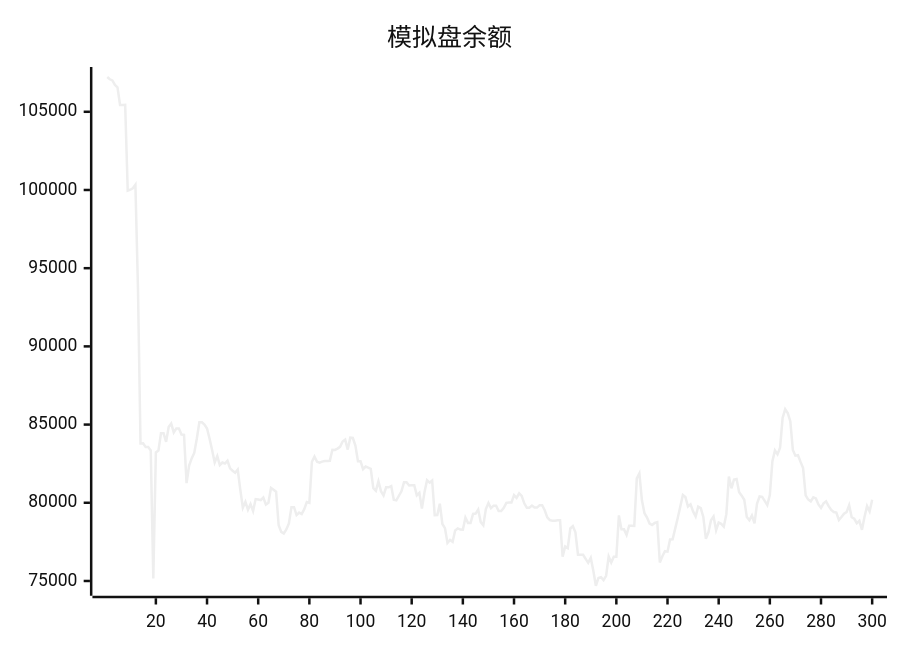
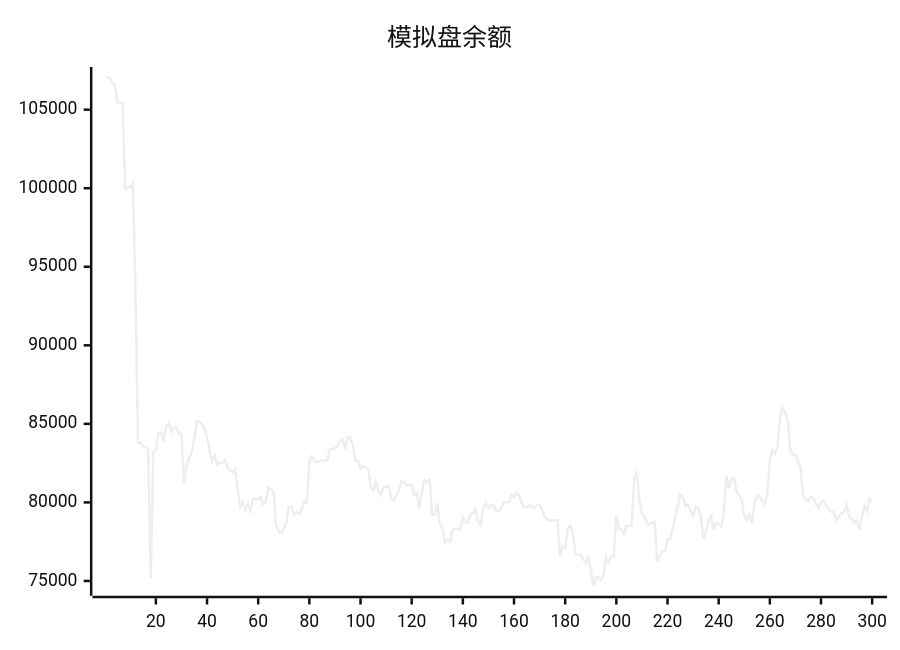
One commit to aahl/ai-trading changed the diagram in README.md. Above: the diagram before and after it, drawn with Mermaid (neutral theme). The commit also changed other lines of this file and 1 other file, not shown here.

````diff
--- a/README.md
+++ b/README.md
@@ -5,5 +5,5 @@
 ```mermaid
 xychart
     title "模拟盘余额"
-    line [107224,107080,107001,106717,106567,105431,105431,105440,99950,100017,100113,100337,93749,83795,83807,83567,83567,83342,75168,83222,83336,84448,84449,83896,84839,85065,84499,84757,84757,84364,84347,81254,82385,82835,83184,84099,85150,85150,85002,84751,84096,83356,82582,82983,82404,82572,82512,82688,82200,82047,81920,82125,80840,79688,80060,79552,79920,79470,80236,80208,80170,80336,79894,80006,80954,80837,80712,78561,78139,78037,78293,78682,79720,79720,79214,79372,79279,79591,80046,79993,82625,82950,82626,82571,82633,82670,82670,82681,83386,83378,83464,83579,83920,84037,83402,84160,84142,83652,82655,82655,82145,82315,82243,82163,80934,80770,81371,80742,80468,80989,80989,81067,80191,80155,80450,80737,81309,81309,81106,81119,81119,80471,80631,79624,80670,81448,81290,81429,79212,79222,79940,78643,78380,77432,77623,77504,78235,78358,78284,78277,79048,78714,78714,79290,79308,79567,78763,78563,79603,79988,79652,79813,79813,79476,79469,79673,79995,80015,80015,80486,80314,80600,80436,79966,79689,79689,79819,79692,79692,79850,79850,79518,79071,78889,78850,78850,78878,78878,76554,77202,77103,78357,78510,78106,76678,76677,76672,76411,76159,76485,75656,74695,75197,75246,75052,75334,76564,76179,76553,76551,79196,78300,78300,77944,78531,78531,78521,81564,81884,80160,79335,79055,78675,78580,78708,78764,76179,76586,76902,76876,77658,77669,78346,79023,79769,80497,80366,79761,79896,79448,79126,79749,79658,79097,77695,78114,78888,79126,78249,78738,78653,78478,79271,81680,80923,81488,81527,80681,80455,80190,79084,78879,79193,78686,79954,80403,80374,80118,79848,80491,82665,83351,83098,83525,85430,85983,85737,85221,83378,83014,83043,82613,82216,80477,80208,80081,80348,80277,79894,79670,79965,80093,79786,79542,79406,79371,78893,79087,79304,79406,79841,79072,78978,78696,78846,78272,79085,79787,79442,80198]
+    line [107080,107001,106717,106567,105431,105431,105440,99950,100017,100113,100337,93749,83795,83807,83567,83567,83342,75168,83222,83336,84448,84449,83896,84839,85065,84499,84757,84757,84364,84347,81254,82385,82835,83184,84099,85150,85150,85002,84751,84096,83356,82582,82983,82404,82572,82512,82688,82200,82047,81920,82125,80840,79688,80060,79552,79920,79470,80236,80208,80170,80336,79894,80006,80954,80837,80712,78561,78139,78037,78293,78682,79720,79720,79214,79372,79279,79591,80046,79993,82625,82950,82626,82571,82633,82670,82670,82681,83386,83378,83464,83579,83920,84037,83402,84160,84142,83652,82655,82655,82145,82315,82243,82163,80934,80770,81371,80742,80468,80989,80989,81067,80191,80155,80450,80737,81309,81309,81106,81119,81119,80471,80631,79624,80670,81448,81290,81429,79212,79222,79940,78643,78380,77432,77623,77504,78235,78358,78284,78277,79048,78714,78714,79290,79308,79567,78763,78563,79603,79988,79652,79813,79813,79476,79469,79673,79995,80015,80015,80486,80314,80600,80436,79966,79689,79689,79819,79692,79692,79850,79850,79518,79071,78889,78850,78850,78878,78878,76554,77202,77103,78357,78510,78106,76678,76677,76672,76411,76159,76485,75656,74695,75197,75246,75052,75334,76564,76179,76553,76551,79196,78300,78300,77944,78531,78531,78521,81564,81884,80160,79335,79055,78675,78580,78708,78764,76179,76586,76902,76876,77658,77669,78346,79023,79769,80497,80366,79761,79896,79448,79126,79749,79658,79097,77695,78114,78888,79126,78249,78738,78653,78478,79271,81680,80923,81488,81527,80681,80455,80190,79084,78879,79193,78686,79954,80403,80374,80118,79848,80491,82665,83351,83098,83525,85430,85983,85737,85221,83378,83014,83043,82613,82216,80477,80208,80081,80348,80277,79894,79670,79965,80093,79786,79542,79406,79371,78893,79087,79304,79406,79841,79072,78978,78696,78846,78272,79085,79787,79442,80198,80031]
 ```
````
